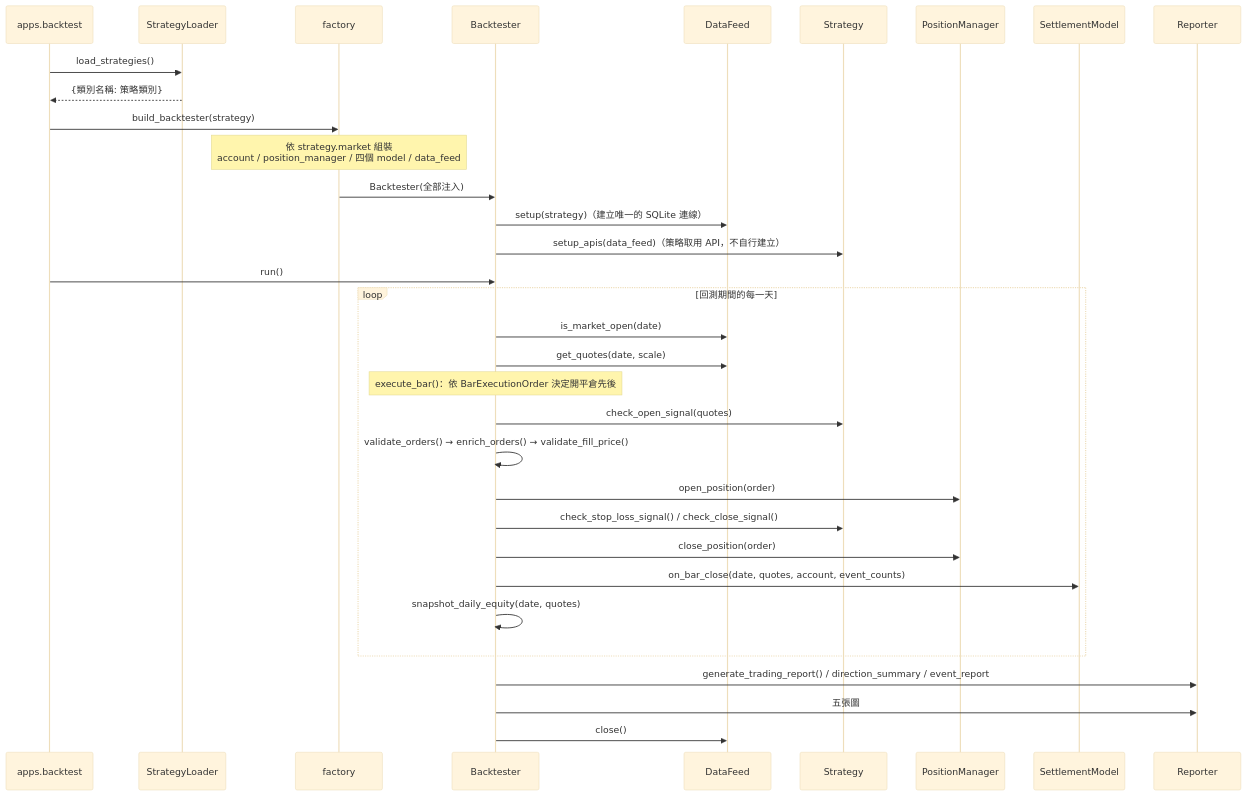
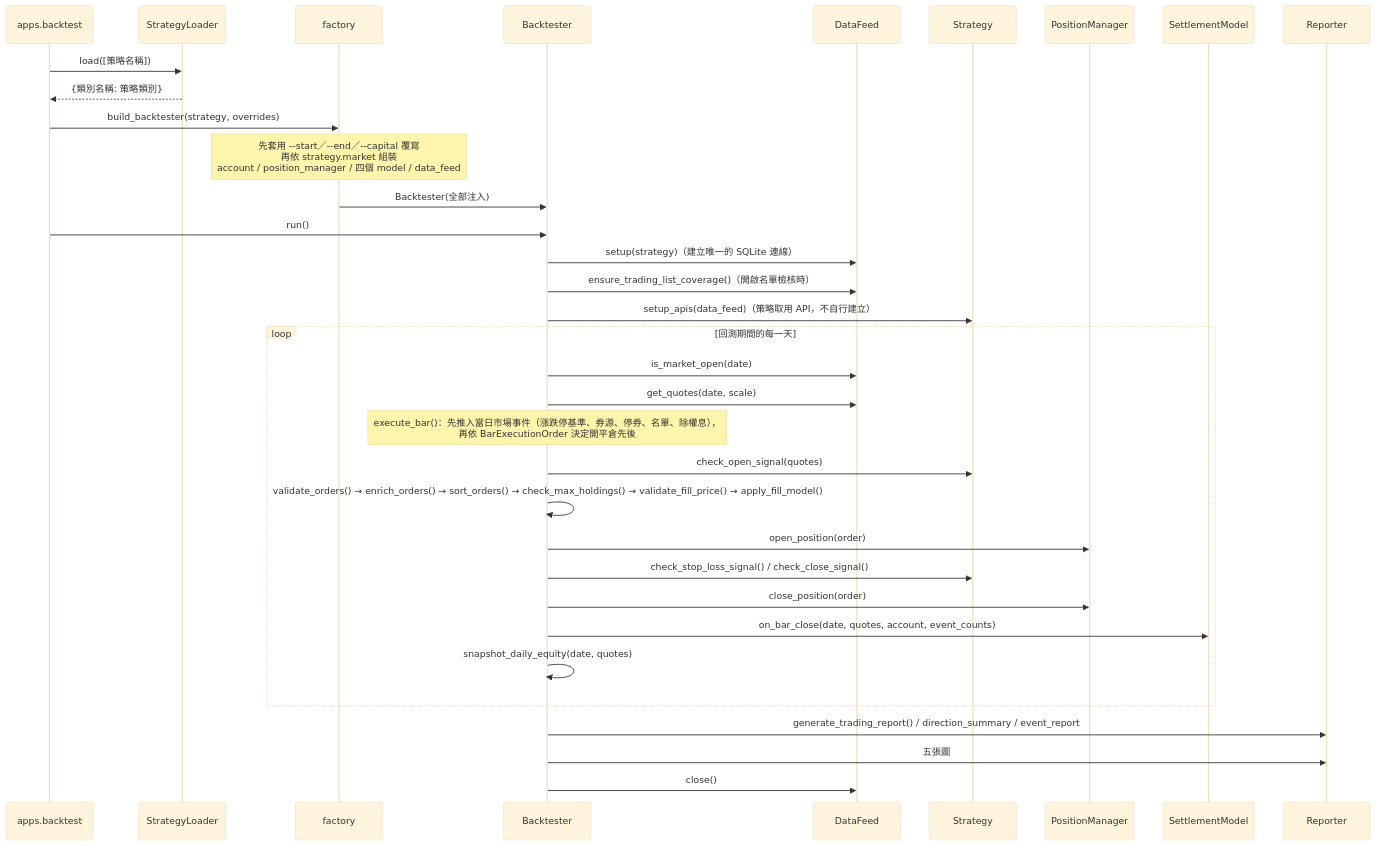
The diagram in docs/backtest/module-map.md (NYFund/alphaedge), drawn with Mermaid (base theme) before and after one commit. The commit also changed other lines of this file and 22 other files, not shown here.

````diff
--- a/docs/backtest/module-map.md
+++ b/docs/backtest/module-map.md
@@ -60,39 +65,40 @@
 ```mermaid
 sequenceDiagram
     participant CLI as apps.backtest
     participant Loader as StrategyLoader
     participant F as factory
     participant BT as Backtester
     participant Feed as DataFeed
     participant S as Strategy
     participant PM as PositionManager
     participant SM as SettlementModel
     participant R as Reporter
 
-    CLI->>Loader: load_strategies()
+    CLI->>Loader: load([策略名稱])
     Loader-->>CLI: {類別名稱: 策略類別}
-    CLI->>F: build_backtester(strategy)
+    CLI->>F: build_backtester(strategy, overrides)
 
-    Note over F: 依 strategy.market 組裝<br/>account / position_manager / 四個 model / data_feed
+    Note over F: 先套用 --start／--end／--capital 覆寫<br/>再依 strategy.market 組裝<br/>account / position_manager / 四個 model / data_feed
     F->>BT: Backtester(全部注入)
+    CLI->>BT: run()
     BT->>Feed: setup(strategy)（建立唯一的 SQLite 連線）
+    BT->>Feed: ensure_trading_list_coverage()（開啟名單檢核時）
     BT->>S: setup_apis(data_feed)（策略取用 API，不自行建立）
 
-    CLI->>BT: run()
     loop 回測期間的每一天
         BT->>Feed: is_market_open(date)
         BT->>Feed: get_quotes(date, scale)
-        Note over BT: execute_bar()：依 BarExecutionOrder 決定開平倉先後
+        Note over BT: execute_bar()：先推入當日市場事件（漲跌停基準、券源、停券、名單、除權息），<br/>再依 BarExecutionOrder 決定開平倉先後
         BT->>S: check_open_signal(quotes)
-        BT->>BT: validate_orders() → enrich_orders() → validate_fill_price()
+        BT->>BT: validate_orders() → enrich_orders() → sort_orders() → check_max_holdings() → validate_fill_price() → apply_fill_model()
         BT->>PM: open_position(order)
         BT->>S: check_stop_loss_signal() / check_close_signal()
         BT->>PM: close_position(order)
         BT->>SM: on_bar_close(date, quotes, account, event_counts)
         BT->>BT: snapshot_daily_equity(date, quotes)
     end
 
     BT->>R: generate_trading_report() / direction_summary / event_report
     BT->>R: 五張圖
     BT->>Feed: close()
 ```
````
